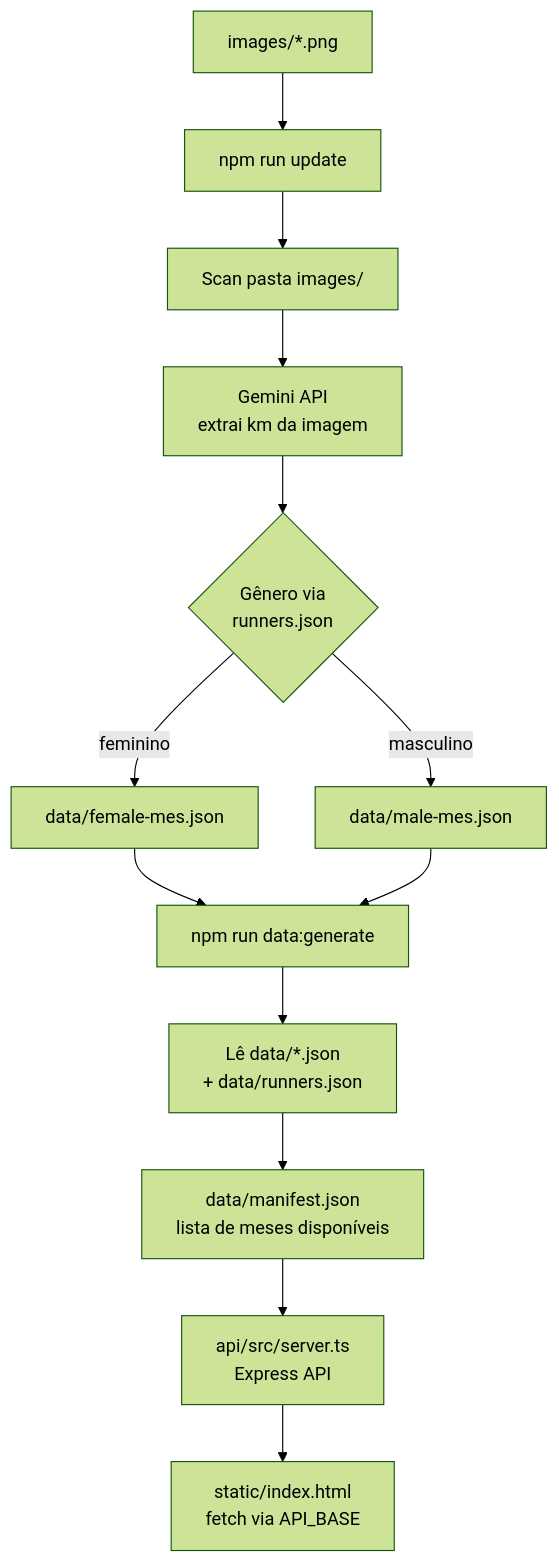
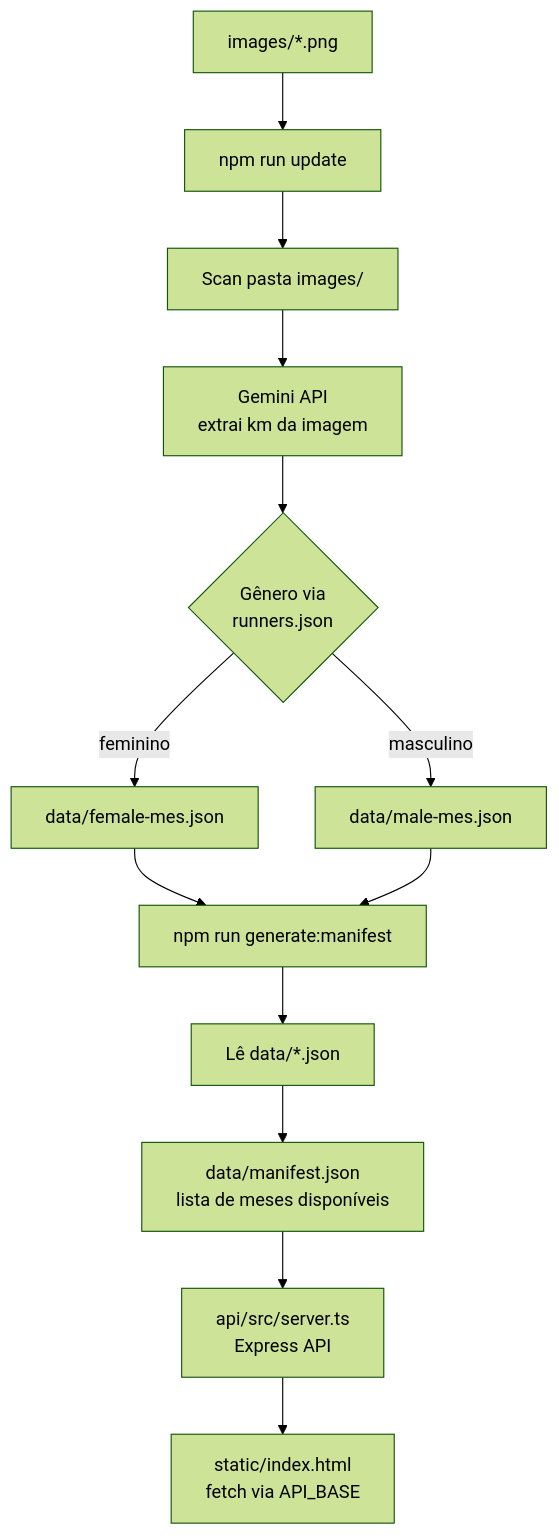
Before and after one commit to tcelestino/rt-ranking-endurance: the diagram in README.md, drawn with Mermaid (forest theme). The commit also changed other lines of this file and 5 other files, not shown here.

Commit message:
refactor: renomeia arquivo e atualiza o manifest.json e atualiza documentações (#22)

````diff
--- a/README.md
+++ b/README.md
@@ -9,17 +9,17 @@
 ```mermaid
 flowchart TD
     A[images/*.png] --> B[npm run update]
     B --> C[Scan pasta images/]
     C --> D[Gemini API\nextrai km da imagem]
     D --> E{Gênero via\nrunners.json}
     E -->|feminino| F[data/female-mes.json]
     E -->|masculino| G[data/male-mes.json]
 
-    F --> H[npm run data:generate]
+    F --> H[npm run generate:manifest]
     G --> H
-    H --> I[Lê data/*.json\n+ data/runners.json]
+    H --> I[Lê data/*.json]
     I --> K[data/manifest.json\nlista de meses disponíveis]
 
     K --> L[api/src/server.ts\nExpress API]
     L --> M[static/index.html\nfetch via API_BASE]
 ```
````
